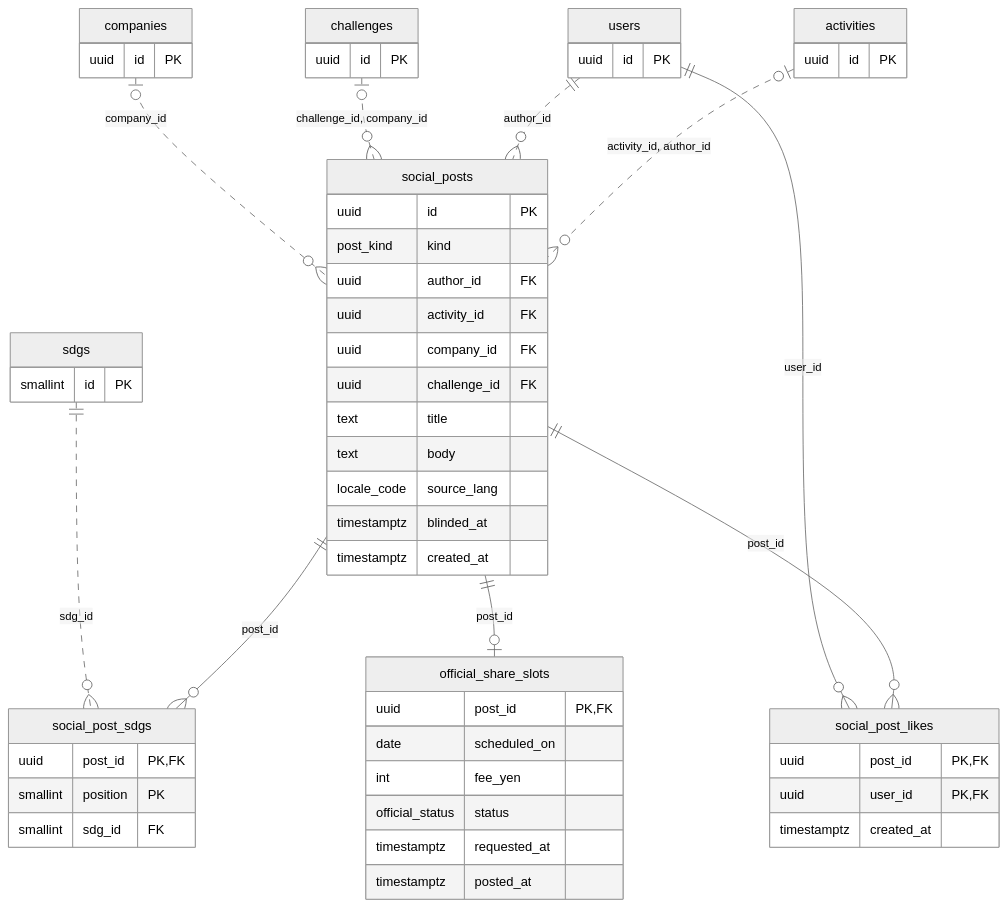
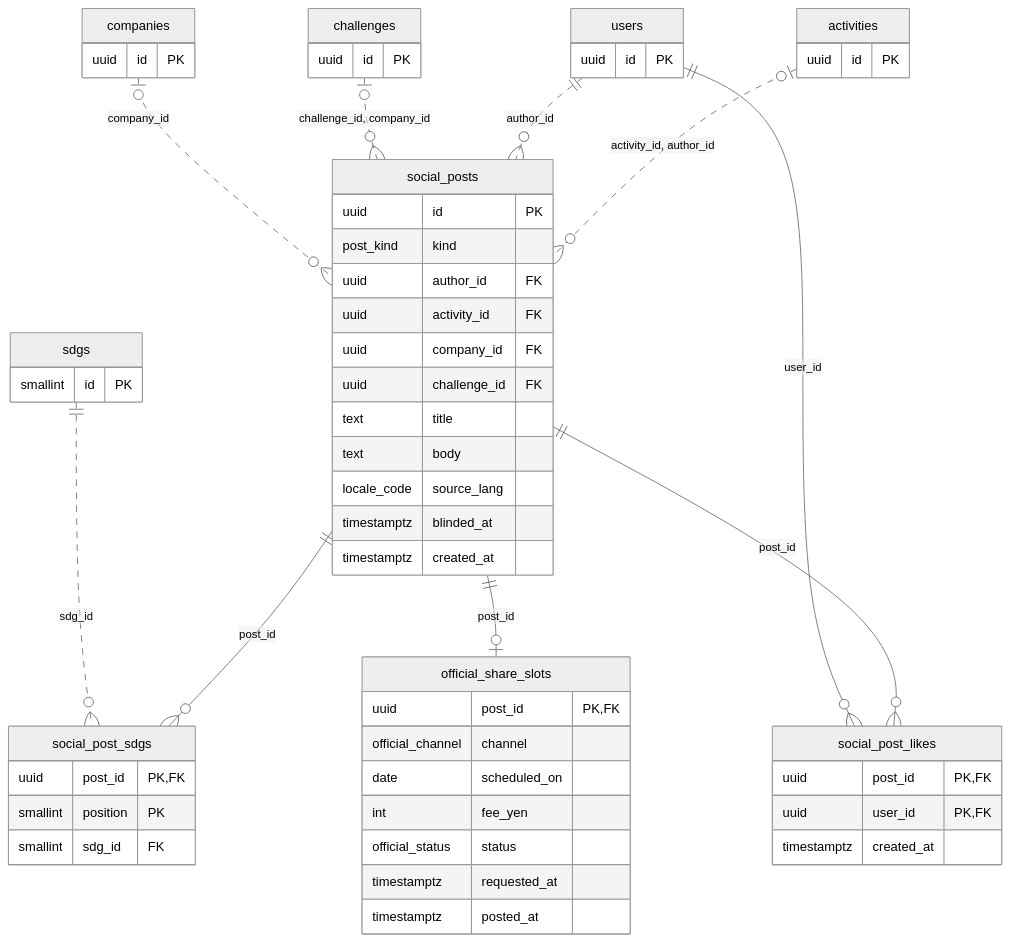
Before and after one commit to atome9797/sdgs-compass: the diagram in docs/erd/08-social.mmd, drawn with Mermaid (neutral theme). The commit also changed 21 other files, not shown here.

```diff
--- a/docs/erd/08-social.mmd
+++ b/docs/erd/08-social.mmd
@@ -1,56 +1,57 @@
 erDiagram
   social_posts {
     uuid id PK
     post_kind kind
     uuid author_id FK
     uuid activity_id FK
     uuid company_id FK
     uuid challenge_id FK
     text title
     text body
     locale_code source_lang
     timestamptz blinded_at
     timestamptz created_at
   }
   social_post_sdgs {
     uuid post_id PK, FK
     smallint position PK
     smallint sdg_id FK
   }
   social_post_likes {
     uuid post_id PK, FK
     uuid user_id PK, FK
     timestamptz created_at
   }
   official_share_slots {
     uuid post_id PK, FK
+    official_channel channel
     date scheduled_on
     int fee_yen
     official_status status
     timestamptz requested_at
     timestamptz posted_at
   }
   activities {
     uuid id PK
   }
   challenges {
     uuid id PK
   }
   companies {
     uuid id PK
   }
   sdgs {
     smallint id PK
   }
   users {
     uuid id PK
   }
   activities |o..o{ social_posts : "activity_id, author_id"
   users ||..o{ social_posts : "author_id"
   challenges |o..o{ social_posts : "challenge_id, company_id"
   companies |o..o{ social_posts : "company_id"
   social_posts ||--o{ social_post_sdgs : "post_id"
   sdgs ||..o{ social_post_sdgs : "sdg_id"
   social_posts ||--o{ social_post_likes : "post_id"
   users ||--o{ social_post_likes : "user_id"
   social_posts ||--o| official_share_slots : "post_id"
```
